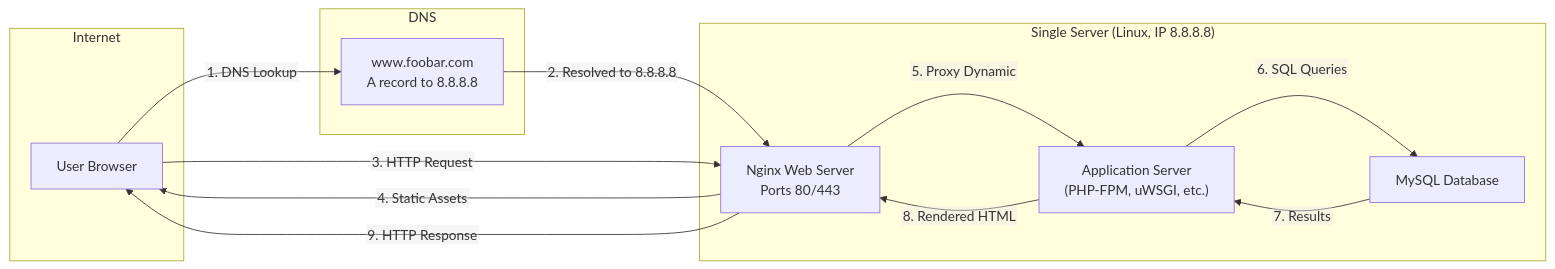
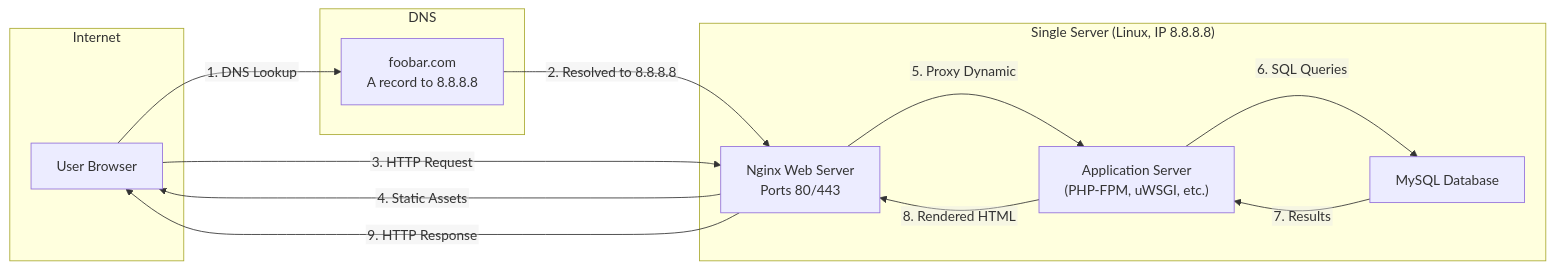
One commit to anonyd0go/holbertonschool-system_engineering-devops changed the diagram in web_infrastructure_design/0-simple_web_stack.md. Above: the diagram before and after it, drawn with Mermaid.

Commit message:
Correct simple_web_stack.md

````diff
--- a/web_infrastructure_design/0-simple_web_stack.md
+++ b/web_infrastructure_design/0-simple_web_stack.md
@@ -7,27 +7,27 @@
 ```mermaid
 %%{init:{"flowchart":{"htmlLabels":false}}}%%
 flowchart LR
     subgraph Internet
       A[User Browser]
     end
 
     subgraph DNS
-      B["www.foobar.com" \nA record to 8.8.8.8]
+      B[foobar.com\nA record to 8.8.8.8]
     end
 
     subgraph Server["Single Server (Linux, IP 8.8.8.8)"]
       C["Nginx Web Server\nPorts 80/443"]
       D["Application Server\n(PHP‑FPM, uWSGI, etc.)"]
       E["MySQL Database"]
     end
 
     A -- "1. DNS Lookup" --> B
     B -- "2. Resolved to 8.8.8.8" --> C
     A -- "3. HTTP Request" --> C
     C -- "4. Static Assets" --> A
     C -- "5. Proxy Dynamic" --> D
     D -- "6. SQL Queries" --> E
     E -- "7. Results" --> D
     D -- "8. Rendered HTML" --> C
     C -- "9. HTTP Response" --> A
 ```
````
